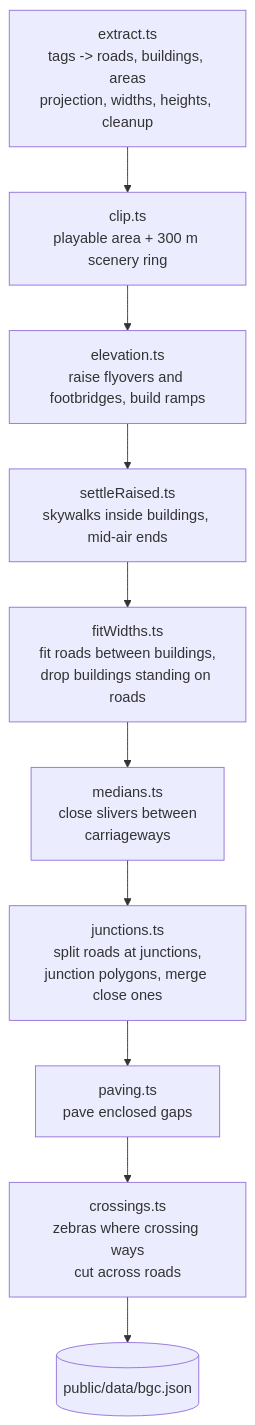
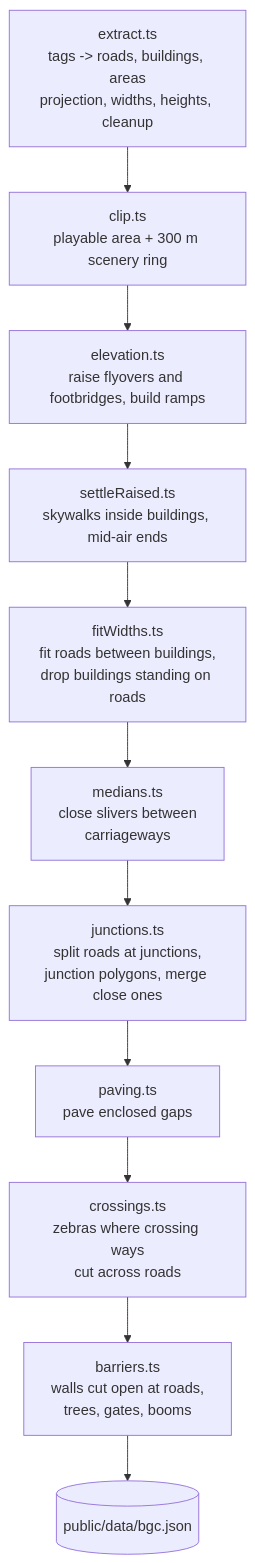
Before and after one commit to ajs0905/drive-thru-mnl: the second of 4 diagrams in docs/ARCHITECTURE.md, drawn with Mermaid. The commit also changed other lines of this file and 45 other files, not shown here.

Commit message:
add walls, fences, trees, gates and parking booms from a second osm export

````diff
--- a/docs/ARCHITECTURE.md
+++ b/docs/ARCHITECTURE.md
@@ -92,12 +94,13 @@
 ```mermaid
 flowchart TD
   A[extract.ts<br/>tags -> roads, buildings, areas<br/>projection, widths, heights, cleanup] --> B[clip.ts<br/>playable area + 300 m scenery ring]
   B --> C[elevation.ts<br/>raise flyovers and footbridges, build ramps]
   C --> D[settleRaised.ts<br/>skywalks inside buildings, mid-air ends]
   D --> E[fitWidths.ts<br/>fit roads between buildings,<br/>drop buildings standing on roads]
   E --> M[medians.ts<br/>close slivers between<br/>carriageways]
   M --> G[junctions.ts<br/>split roads at junctions,<br/>junction polygons, merge close ones]
   G --> P[paving.ts<br/>pave enclosed gaps]
   P --> H[crossings.ts<br/>zebras where crossing ways<br/>cut across roads]
-  H --> F[(public/data/bgc.json)]
+  H --> X[barriers.ts<br/>walls cut open at roads,<br/>trees, gates, booms]
+  X --> F[(public/data/bgc.json)]
 ```
````
